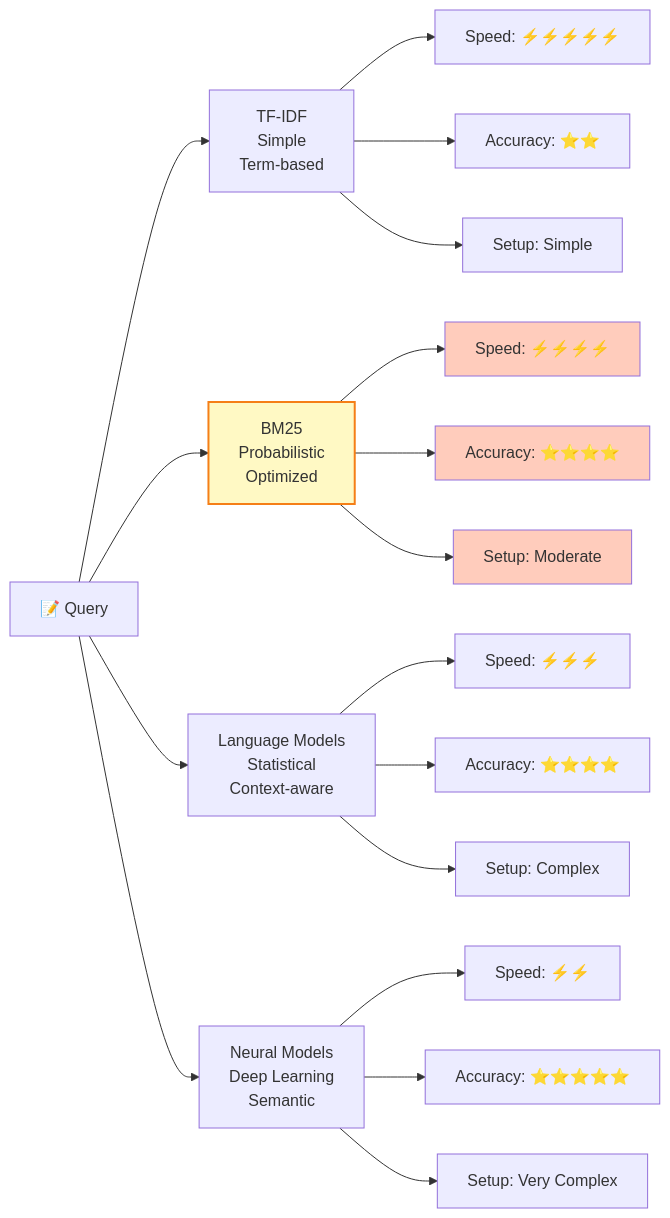
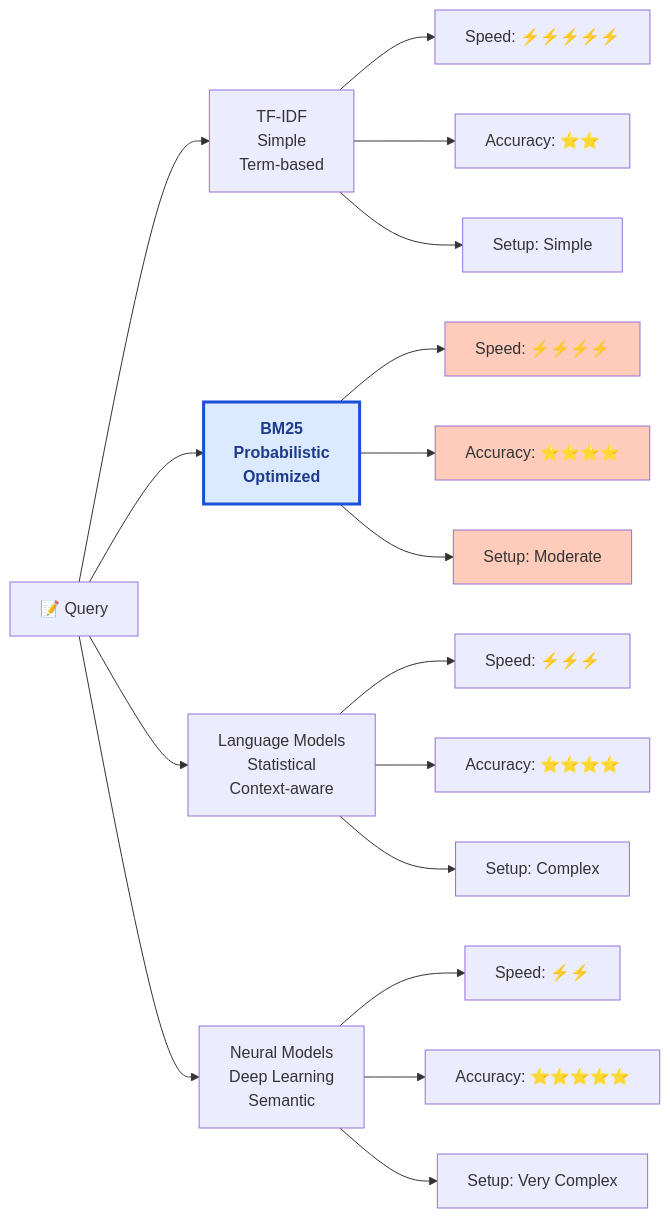
The fourth of 4 diagrams in B/BM25.md (ilwon-seo/terms), drawn with Mermaid before and after one commit. The commit also changed other lines of this file and 18 other files, not shown here.

Commit message:
Standardize current-term Mermaid styling

````diff
--- a/B/BM25.md
+++ b/B/BM25.md
@@ -175,30 +178,31 @@
 ```mermaid
 graph LR
     Query["📝 Query"]
     
     Query --> TF["TF-IDF<br/>Simple<br/>Term-based"]
     Query --> BM25["BM25<br/>Probabilistic<br/>Optimized"]
     Query --> LM["Language Models<br/>Statistical<br/>Context-aware"]
     Query --> NN["Neural Models<br/>Deep Learning<br/>Semantic"]
     
     TF --> E1["Speed: ⚡⚡⚡⚡⚡"]
     TF --> E2["Accuracy: ⭐⭐"]
     TF --> E3["Setup: Simple"]
     
     BM25 --> E4["Speed: ⚡⚡⚡⚡"]
     BM25 --> E5["Accuracy: ⭐⭐⭐⭐"]
     BM25 --> E6["Setup: Moderate"]
     
     LM --> E7["Speed: ⚡⚡⚡"]
     LM --> E8["Accuracy: ⭐⭐⭐⭐"]
     LM --> E9["Setup: Complex"]
     
     NN --> E10["Speed: ⚡⚡"]
     NN --> E11["Accuracy: ⭐⭐⭐⭐⭐"]
     NN --> E12["Setup: Very Complex"]
     
-    style BM25 fill:#fff9c4,stroke:#f57f17,stroke-width:2px
     style E4 fill:#ffccbc
     style E5 fill:#ffccbc
     style E6 fill:#ffccbc
+    classDef currentTerm fill:#dbeafe,stroke:#1d4ed8,stroke-width:3px,color:#1e3a8a,font-weight:bold
+    class BM25 currentTerm
 ```
````
